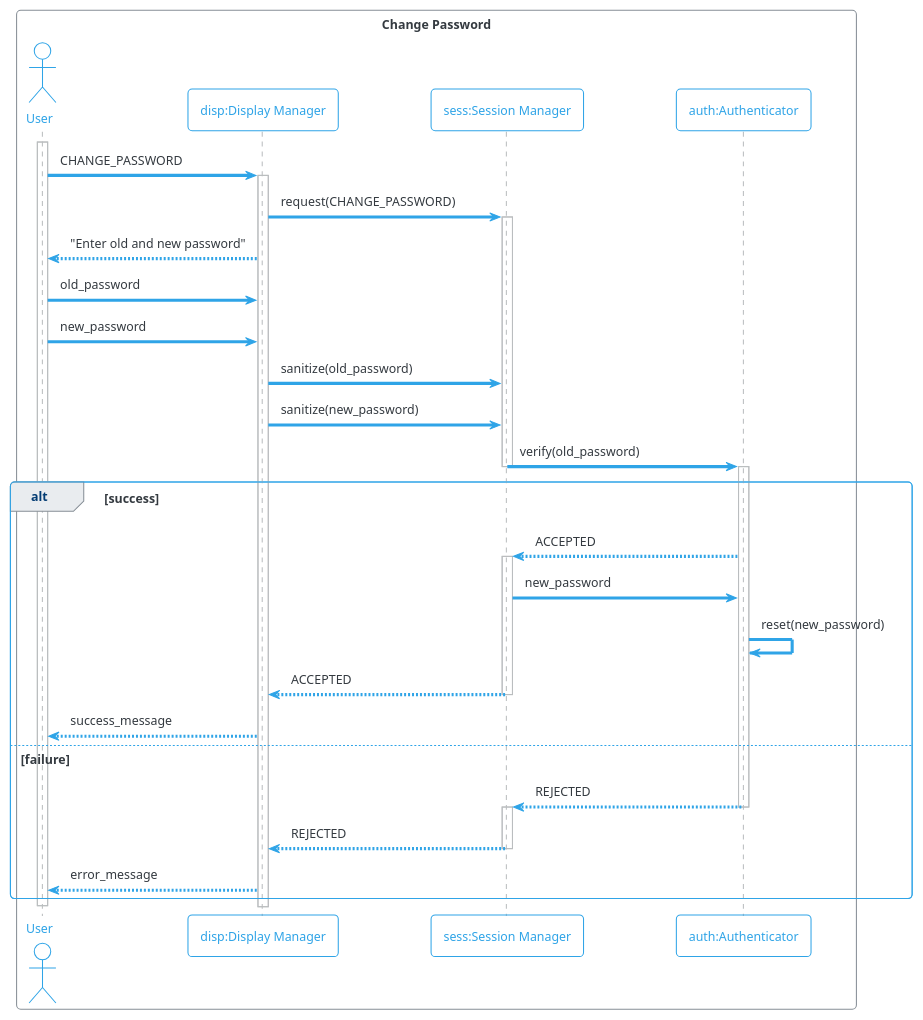
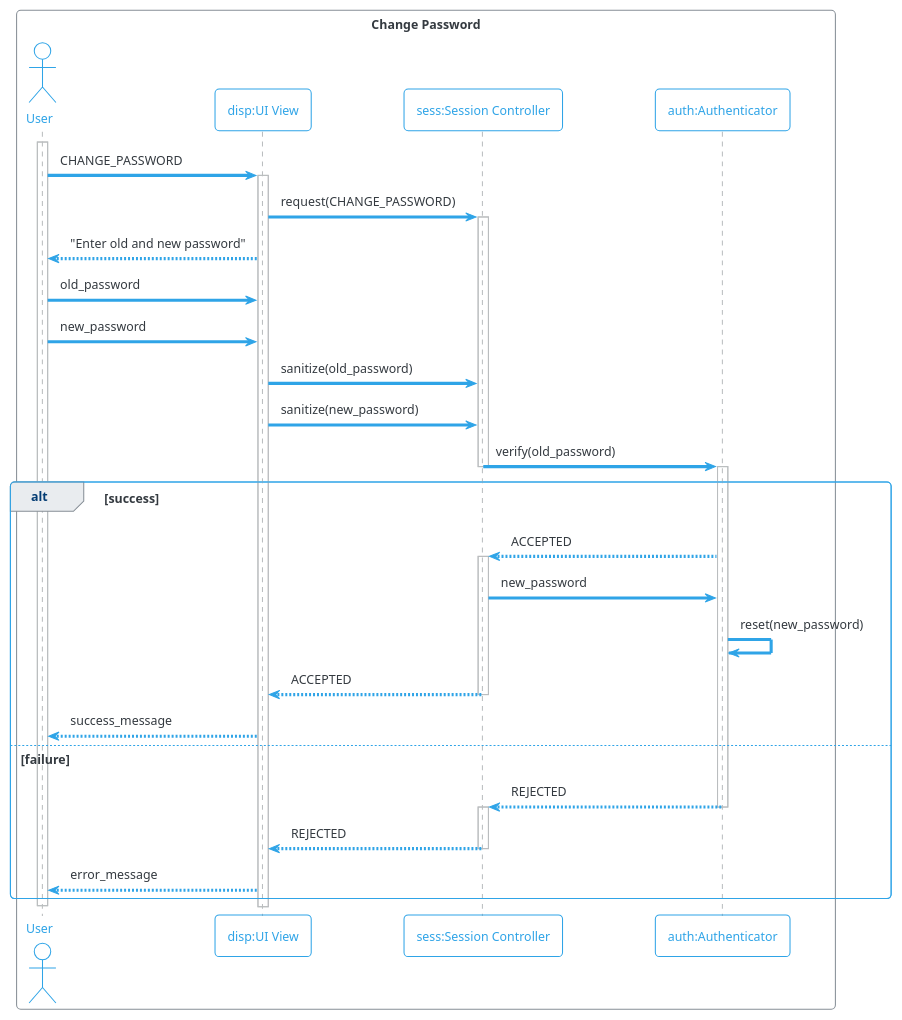
One commit to md-y/3354-splitsquad changed the diagram in Sequence Diagrams/Profile/ChangePassword.puml. Above: the diagram before and after it, drawn with PlantUML. The commit also changed 39 other files, not shown here.

Commit message:
Fixed Sequence Diagram to add Database, Controller, and UI

```diff
--- a/Sequence Diagrams/Profile/ChangePassword.puml
+++ b/Sequence Diagrams/Profile/ChangePassword.puml
@@ -1,30 +1,30 @@
 @startuml change_password
 !theme cerulean-outline
 box "Change Password"
 actor "User" as user
-participant "disp:Display Manager" as disp
-participant "sess:Session Manager" as sess
+participant "disp:UI View" as disp
+participant "sess:Session Controller" as sess
 participant "auth:Authenticator" as auth
 end box
 activate user
 user -> disp ++: CHANGE_PASSWORD
 disp -> sess ++: request(CHANGE_PASSWORD)
 disp --> user: "Enter old and new password"
 user -> disp: old_password
 user -> disp: new_password
 disp -> sess: sanitize(old_password)
 disp -> sess: sanitize(new_password)
 sess -> auth --++: verify(old_password)
 alt success
   auth --> sess ++ : ACCEPTED
   sess -> auth : new_password
   auth -> auth : reset(new_password)
   sess --> disp -- : ACCEPTED
   disp --> user : success_message
 else failure
   auth --> sess --++ : REJECTED
    sess --> disp -- : REJECTED
   disp --> user : error_message
 end
 deactivate user
 @enduml
```
